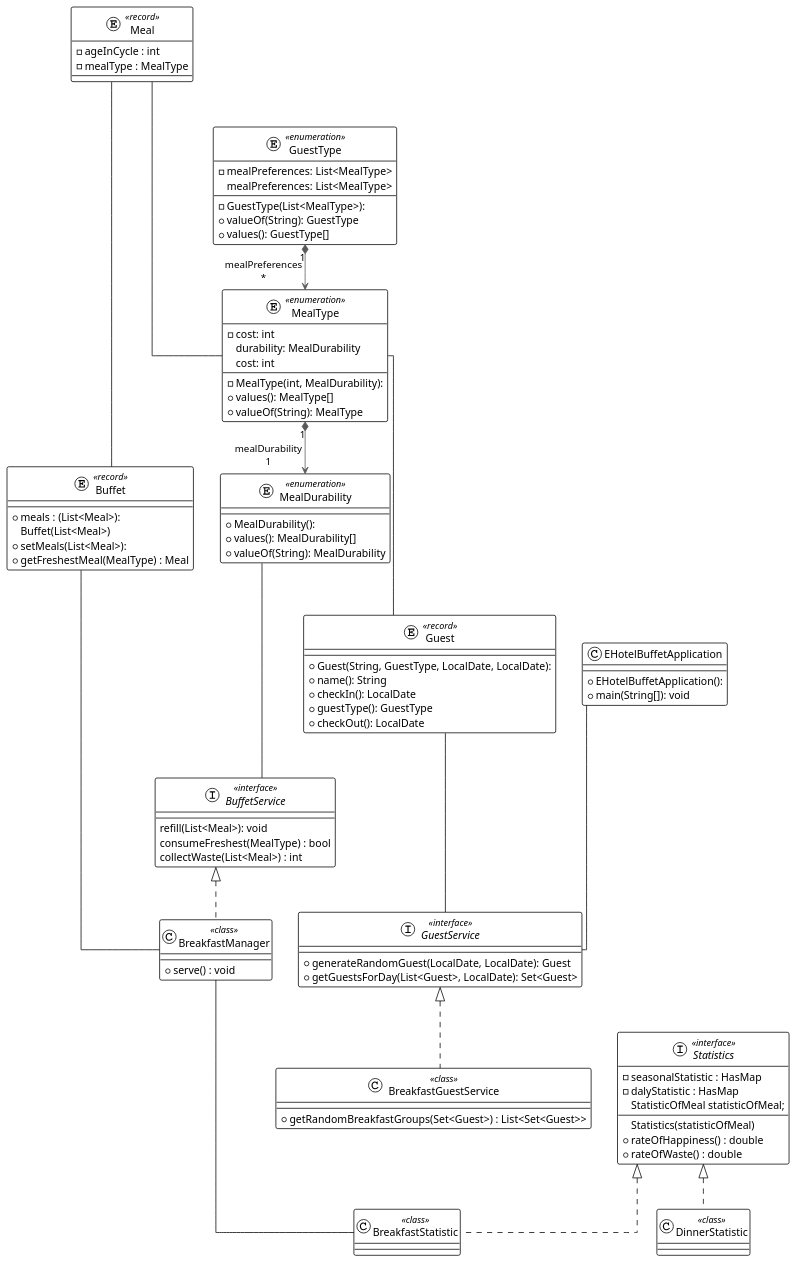
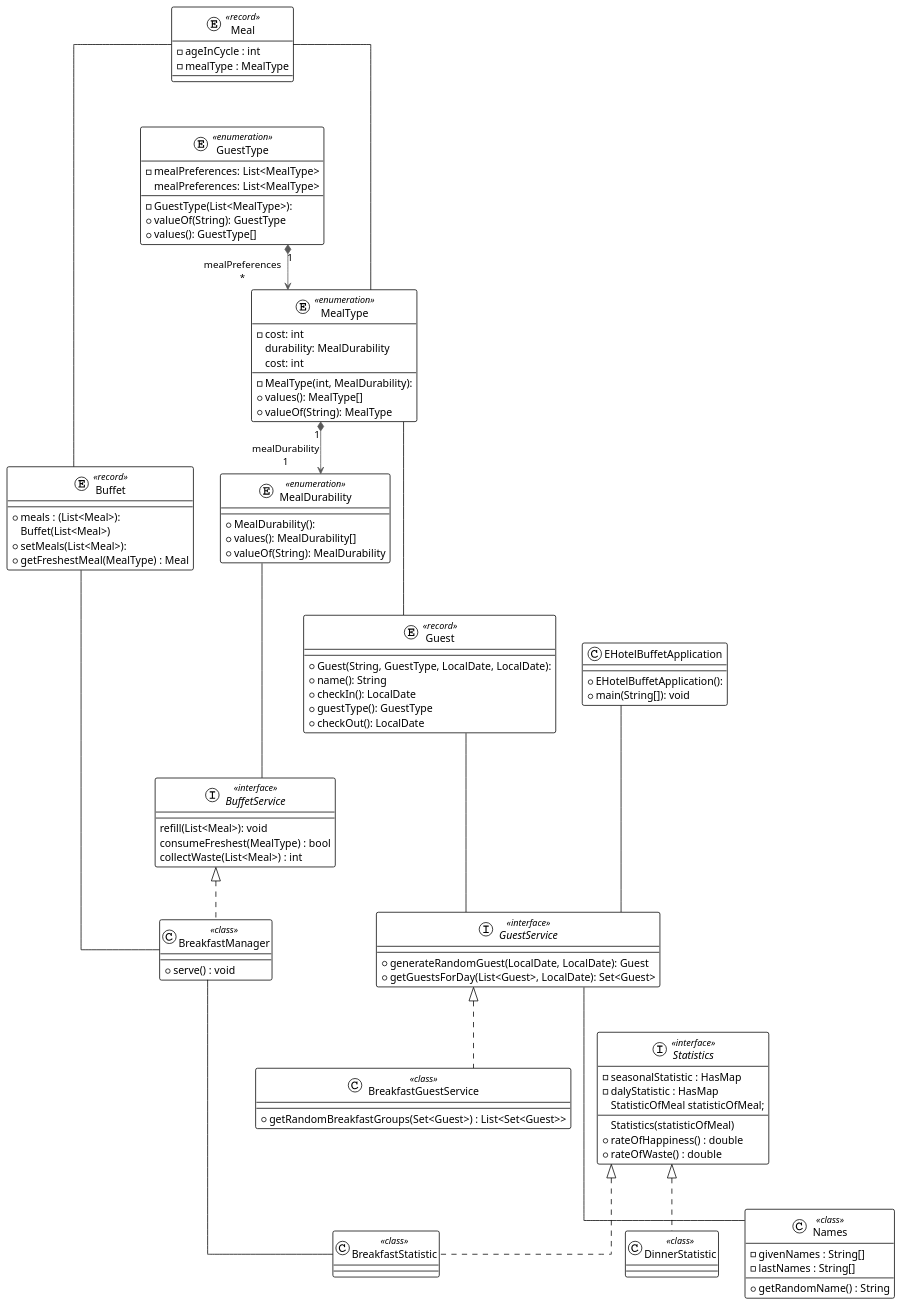
The diagram in src/main/java/com/codecool/ehotel/HotelBuffetService.puml (CodecoolGlobal/ehotel-buffet-java-MateWagner), drawn with PlantUML before and after one commit. The commit also changed 2 other files, not shown here.

Commit message:
created random generator for Guest types

```diff
--- a/src/main/java/com/codecool/ehotel/HotelBuffetService.puml
+++ b/src/main/java/com/codecool/ehotel/HotelBuffetService.puml
@@ -1,92 +1,99 @@
 @startuml
 
 !theme plain
 top to bottom direction
 skinparam linetype ortho
 
 entity Meal <<record>> {
 - ageInCycle : int
 - mealType : MealType
 }
 
 entity Buffet << record >> {
 + meals : (List<Meal>):
    Buffet(List<Meal>)
   + setMeals(List<Meal>):
   + getFreshestMeal(MealType) : Meal
 }
 interface BuffetService << interface >>{
 refill(List<Meal>): void
 consumeFreshest(MealType) : bool
 collectWaste(List<Meal>) : int
 }
 
 class EHotelBuffetApplication {
   + EHotelBuffetApplication():
   + main(String[]): void
 }
 class BreakfastStatistic << class >> implements Statistics {
 
 }
 class DinnerStatistic << class >> implements Statistics {
 
 }
 interface Statistics << interface >> {
 - seasonalStatistic : HasMap
 - dalyStatistic : HasMap
     StatisticOfMeal statisticOfMeal;
     Statistics(statisticOfMeal)
 + rateOfHappiness() : double
 + rateOfWaste() : double
 }
 class BreakfastManager << class >> implements BuffetService {
  + serve() : void
 
 }
 entity Guest << record >> {
   + Guest(String, GuestType, LocalDate, LocalDate):
   + name(): String
   + checkIn(): LocalDate
   + guestType(): GuestType
   + checkOut(): LocalDate
 }
 class BreakfastGuestService << class >> implements GuestService{
 + getRandomBreakfastGroups(Set<Guest>) : List<Set<Guest>>
 }
 interface GuestService << interface >> {
   + generateRandomGuest(LocalDate, LocalDate): Guest
   + getGuestsForDay(List<Guest>, LocalDate): Set<Guest>
 }
 enum GuestType << enumeration >> {
   - GuestType(List<MealType>):
   - mealPreferences: List<MealType>
   + valueOf(String): GuestType
   + values(): GuestType[]
    mealPreferences: List<MealType>
 }
 enum MealDurability << enumeration >> {
   + MealDurability():
   + values(): MealDurability[]
   + valueOf(String): MealDurability
 }
 enum MealType << enumeration >> {
   - MealType(int, MealDurability):
   - cost: int
   + values(): MealType[]
   + valueOf(String): MealType
    durability: MealDurability
    cost: int
 }
+class Names << class >>{
+    - givenNames : String[]
+    - lastNames : String[]
+    + getRandomName() : String
+}
+
+GuestService --- Names
 Meal --- Buffet
 Meal --- MealType
 Buffet --- BreakfastManager
 EHotelBuffetApplication --- GuestService
 Guest --- GuestService
 MealType --- Guest
 MealDurability --- BuffetService
 BreakfastManager --- BreakfastStatistic
 
 GuestType               "1" *-[#595959,plain]-> "mealPreferences\n*" MealType
 MealType                "1" *-[#595959,plain]-> "mealDurability\n1" MealDurability
 
 @enduml
```
